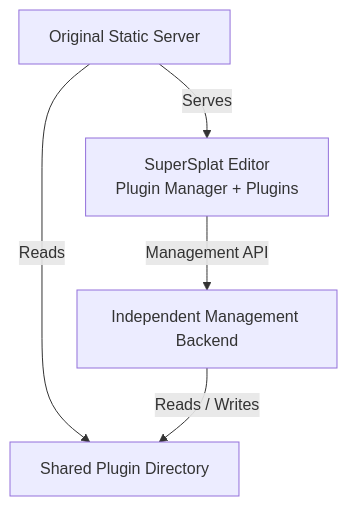
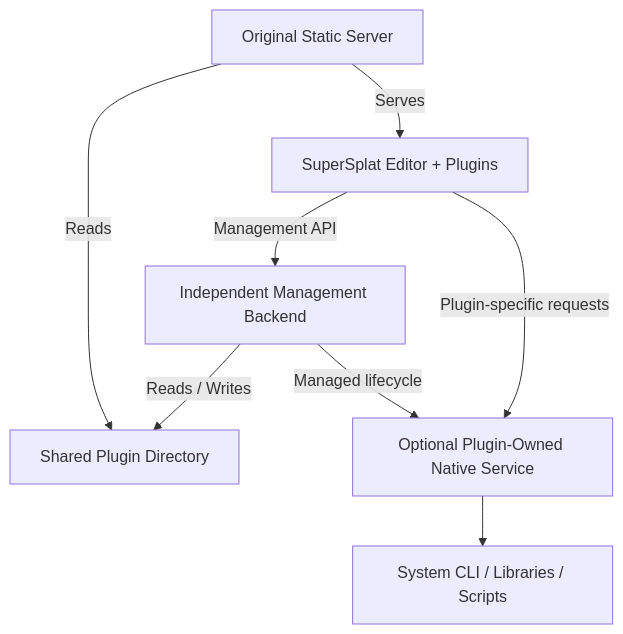
One commit to wobuzaijiaa/editor_plugin_manager changed the diagram in README.md. Above: the diagram before and after it, drawn with Mermaid. The commit also changed other lines of this file, not shown here.

First line of the commit message:
Update README for Plugin Manager v1.13.3

```diff
--- a/README.md
+++ b/README.md
@@ -20,12 +27,17 @@
 ~~~mermaid
 flowchart TB
-    A["SuperSplat Editor<br/>Plugin Manager + Plugins"]
+    A["SuperSplat Editor + Plugins"]
     B["Original Static Server"]
     C["Independent Management Backend"]
     D["Shared Plugin Directory"]
+    E["Optional Plugin-Owned Native Service"]
+    F["System CLI / Libraries / Scripts"]
 
     B -->|"Serves"| A
     A -->|"Management API"| C
     B -->|"Reads"| D
     C -->|"Reads / Writes"| D
+    C -->|"Managed lifecycle"| E
+    A -->|"Plugin-specific requests"| E
+    E --> F
 ~~~
```
